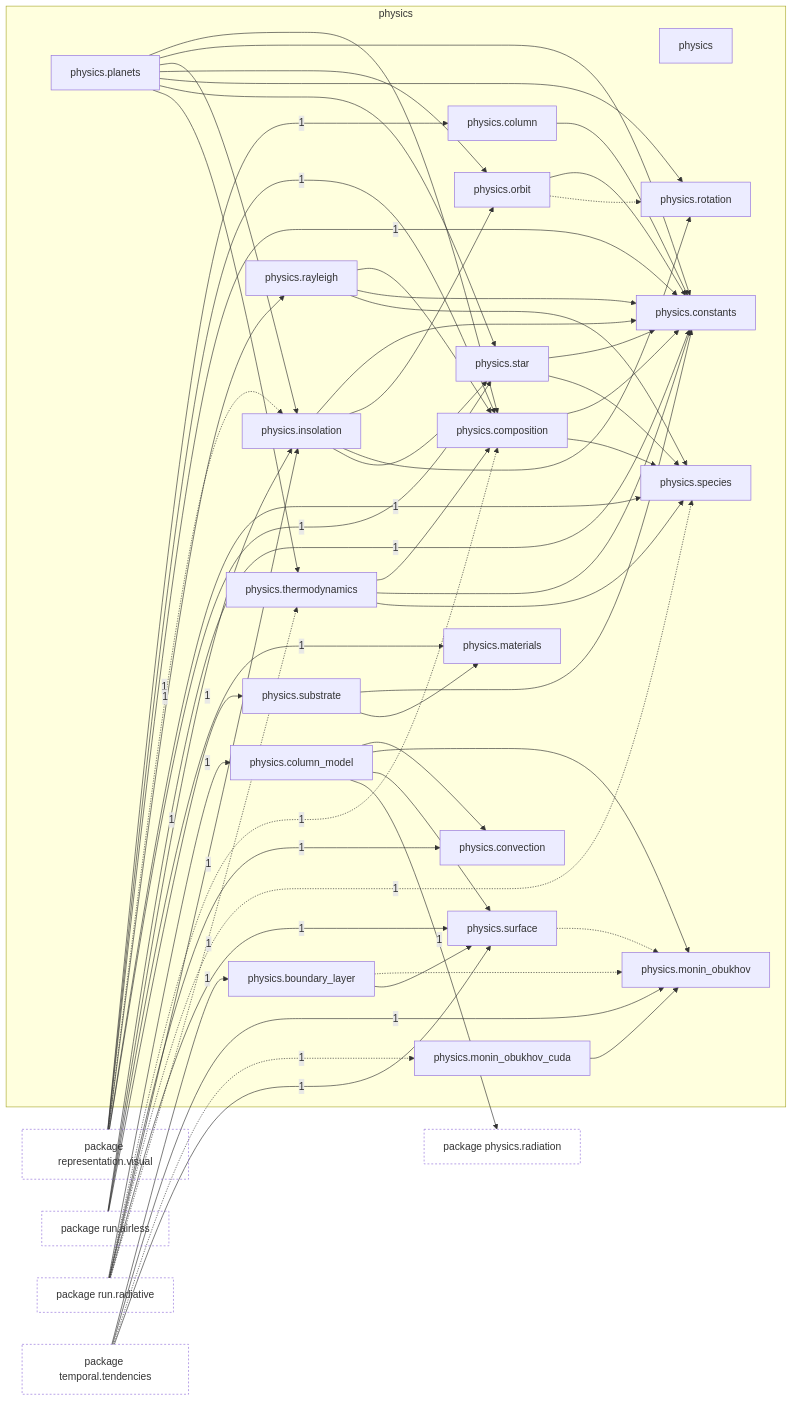
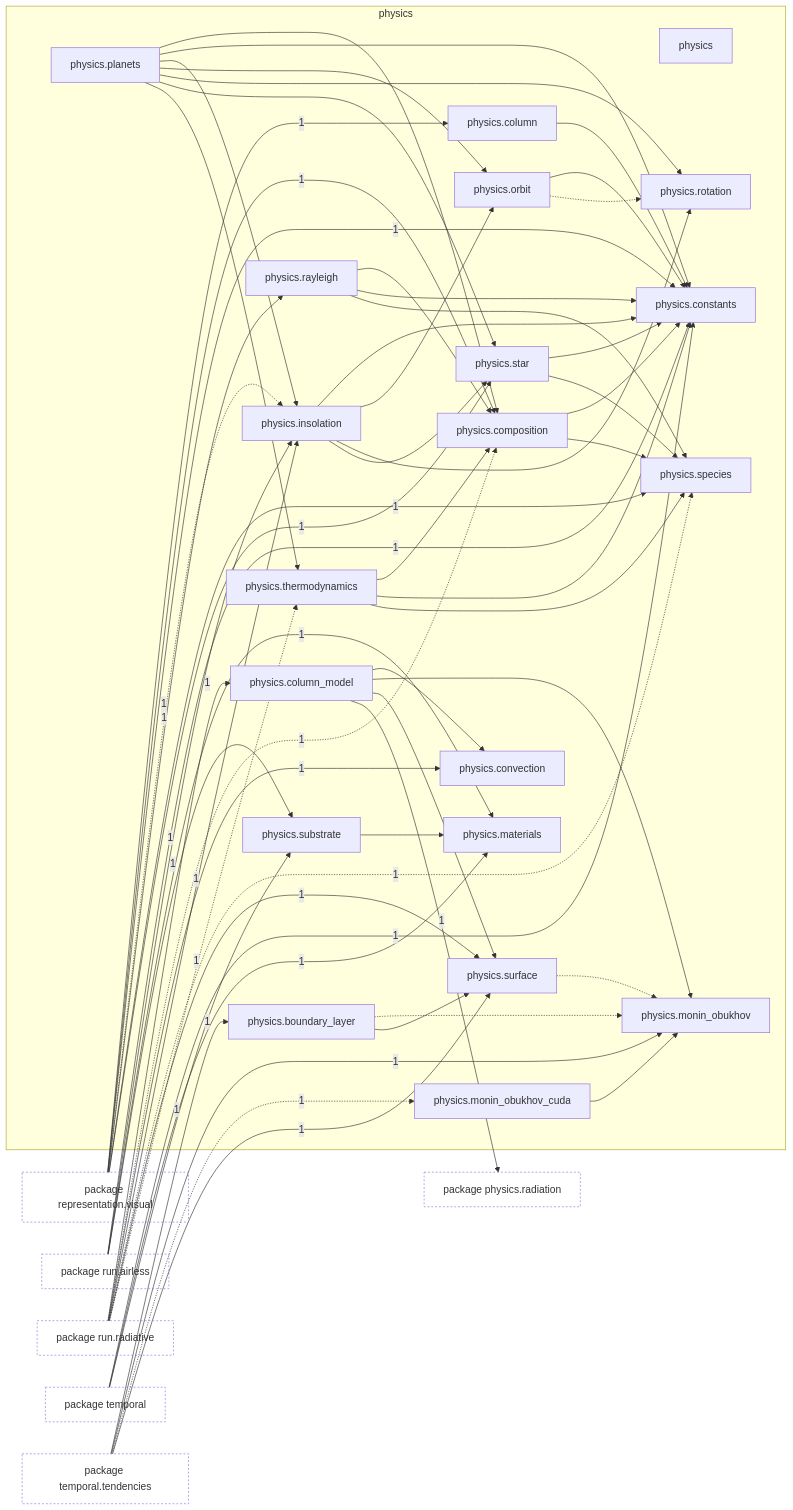
Before and after one commit to AlexandreEros/Palintropos: the first of 2 diagrams in docs/architecture/current/packages/tropoi.physics.md, drawn with Mermaid. The commit also changed other lines of this file and 32 other files, not shown here.

````diff
--- a/docs/architecture/current/packages/tropoi.physics.md
+++ b/docs/architecture/current/packages/tropoi.physics.md
@@ -65,6 +65,7 @@
     p_tropoi_orepresentation_ovisual["package representation.visual"]
     p_tropoi_orun_oairless["package run.airless"]
     p_tropoi_orun_oradiative["package run.radiative"]
+    p_tropoi_otemporal["package temporal"]
     p_tropoi_otemporal_otendencies["package temporal.tendencies"]
     n_tropoi_ophysics_oboundary__layer -.-> n_tropoi_ophysics_omonin__obukhov
     n_tropoi_ophysics_oboundary__layer --> n_tropoi_ophysics_osurface
@@ -93,7 +94,6 @@
     n_tropoi_ophysics_orayleigh --> n_tropoi_ophysics_ospecies
     n_tropoi_ophysics_ostar --> n_tropoi_ophysics_oconstants
     n_tropoi_ophysics_ostar --> n_tropoi_ophysics_ospecies
-    n_tropoi_ophysics_osubstrate --> n_tropoi_ophysics_oconstants
     n_tropoi_ophysics_osubstrate --> n_tropoi_ophysics_omaterials
     n_tropoi_ophysics_osurface -.-> n_tropoi_ophysics_omonin__obukhov
     n_tropoi_ophysics_othermodynamics --> n_tropoi_ophysics_ocomposition
@@ -117,6 +117,9 @@
     p_tropoi_orun_oradiative -.->|1| n_tropoi_ophysics_ospecies
     p_tropoi_orun_oradiative -->|1| n_tropoi_ophysics_osurface
     p_tropoi_orun_oradiative -.->|1| n_tropoi_ophysics_othermodynamics
+    p_tropoi_otemporal -->|1| n_tropoi_ophysics_oconstants
+    p_tropoi_otemporal -->|1| n_tropoi_ophysics_omaterials
+    p_tropoi_otemporal -->|1| n_tropoi_ophysics_osubstrate
     p_tropoi_otemporal_otendencies -->|1| n_tropoi_ophysics_oboundary__layer
     p_tropoi_otemporal_otendencies -->|1| n_tropoi_ophysics_omonin__obukhov
     p_tropoi_otemporal_otendencies -.->|1| n_tropoi_ophysics_omonin__obukhov__cuda
@@ -127,5 +130,6 @@
     class p_tropoi_orepresentation_ovisual other
     class p_tropoi_orun_oairless other
     class p_tropoi_orun_oradiative other
+    class p_tropoi_otemporal other
     class p_tropoi_otemporal_otendencies other
 ```
````
